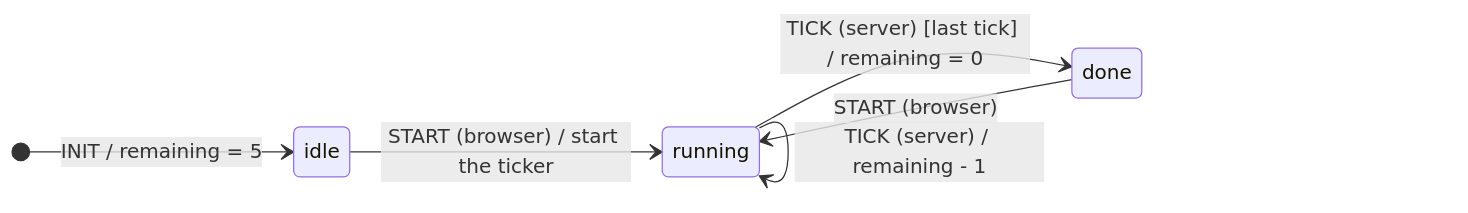
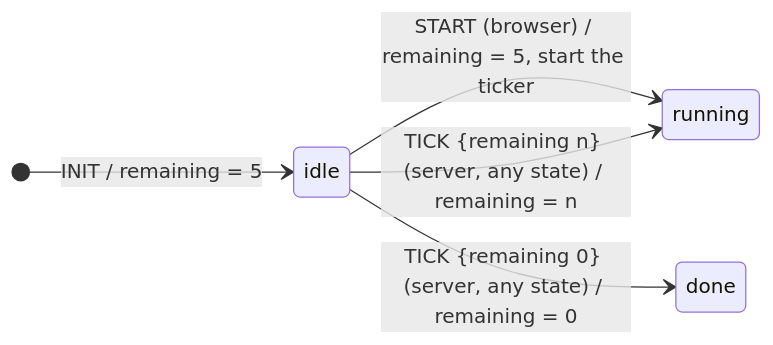
The diagram in docs/examples/07-countdown.md (DanBunea/taia.ds), drawn with Mermaid before and after one commit. The commit also changed other lines of this file and 20 other files, not shown here.

First line of the commit message:
Connected flows keep nothing between events; 0.3.0 changelog

````diff
--- a/docs/examples/07-countdown.md
+++ b/docs/examples/07-countdown.md
@@ -13,9 +13,8 @@
 ```mermaid
 stateDiagram-v2
   direction LR
   [*] --> idle : INIT / remaining = 5
-  idle --> running : START (browser) / start the ticker
-  running --> running : TICK (server) / remaining - 1
-  running --> done : TICK (server) [last tick] / remaining = 0
-  done --> running : START (browser)
+  idle --> running : START (browser) / remaining = 5, start the ticker
+  idle --> running : TICK {remaining n} (server, any state) / remaining = n
+  idle --> done : TICK {remaining 0} (server, any state) / remaining = 0
 ```
````
